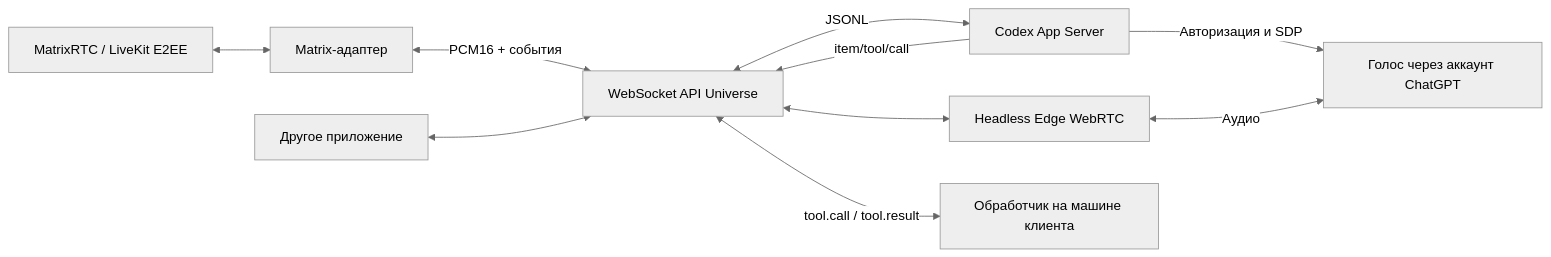
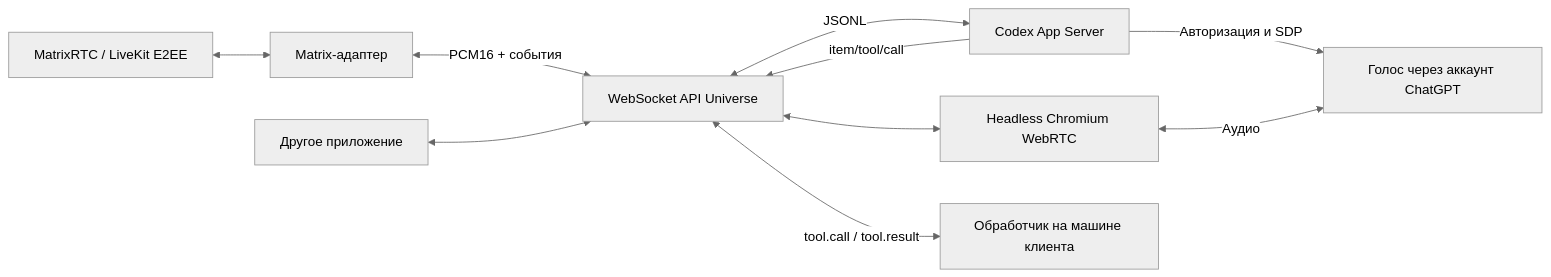
One commit to HuHguZ/universe-chatgpt-voice-assistant changed the diagram in docs/architecture.md. Above: the diagram before and after it, drawn with Mermaid (neutral theme). The commit also changed other lines of this file and 22 other files, not shown here.

````diff
--- a/docs/architecture.md
+++ b/docs/architecture.md
@@ -5,12 +5,12 @@
 ```mermaid
 flowchart LR
     M["MatrixRTC / LiveKit E2EE"] <--> A["Matrix-адаптер"]
     A <-->|"PCM16 + события"| G["WebSocket API Universe"]
     W["Другое приложение"] <--> G
     G <-->|"JSONL"| C["Codex App Server"]
-    G <--> B["Headless Edge WebRTC"]
+    G <--> B["Headless Chromium WebRTC"]
     C -->|"Авторизация и SDP"| V["Голос через аккаунт ChatGPT"]
     B <-->|"Аудио"| V
     C -->|"item/tool/call"| G
     G <-->|"tool.call / tool.result"| E["Обработчик на машине клиента"]
 ```
````
